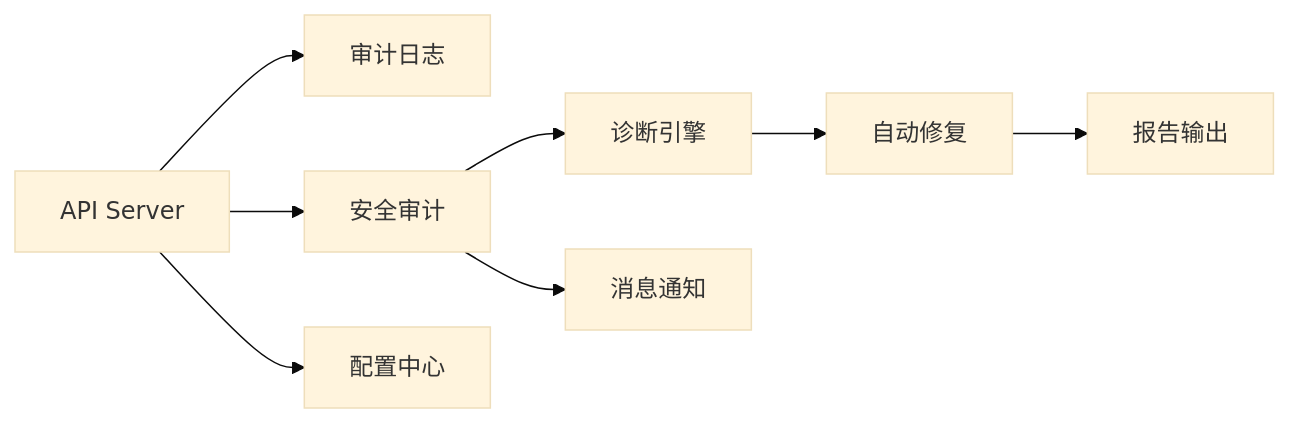
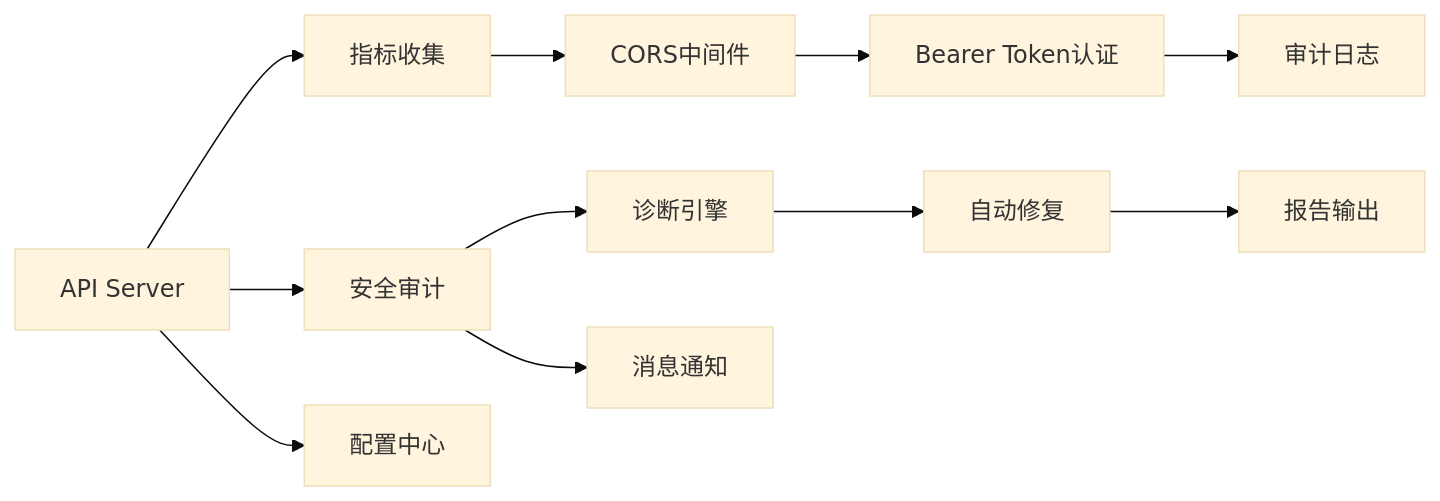
Before and after one commit to kudig-io/klaw: the ninth of 9 diagrams in .qoder/repowiki/zh/content/系统架构/安全架构.md, drawn with Mermaid (base theme). The commit also changed other lines of this file and 237 other files, not shown here.

````diff
--- a/.qoder/repowiki/zh/content/系统架构/安全架构.md
+++ b/.qoder/repowiki/zh/content/系统架构/安全架构.md
@@ -346,10 +460,13 @@
 ```mermaid
 graph LR
-API["API Server"] --> Audit["审计日志"]
+API["API Server"] --> Metrics["指标收集"]
+Metrics --> CORS["CORS中间件"]
+CORS --> Auth["Bearer Token认证"]
+Auth --> Audit["审计日志"]
 API --> Sec["安全审计"]
 API --> Cfg["配置中心"]
 Sec --> Diag["诊断引擎"]
 Diag --> Fix["自动修复"]
 Fix --> Report["报告输出"]
 Sec --> Notify["消息通知"]
 ```
````
